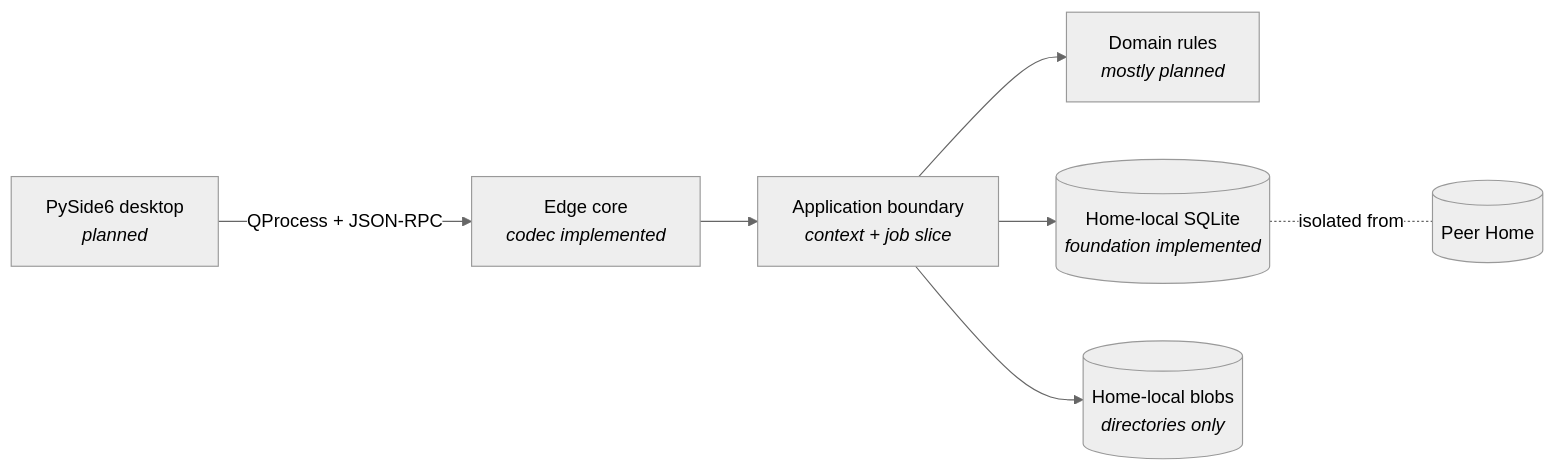
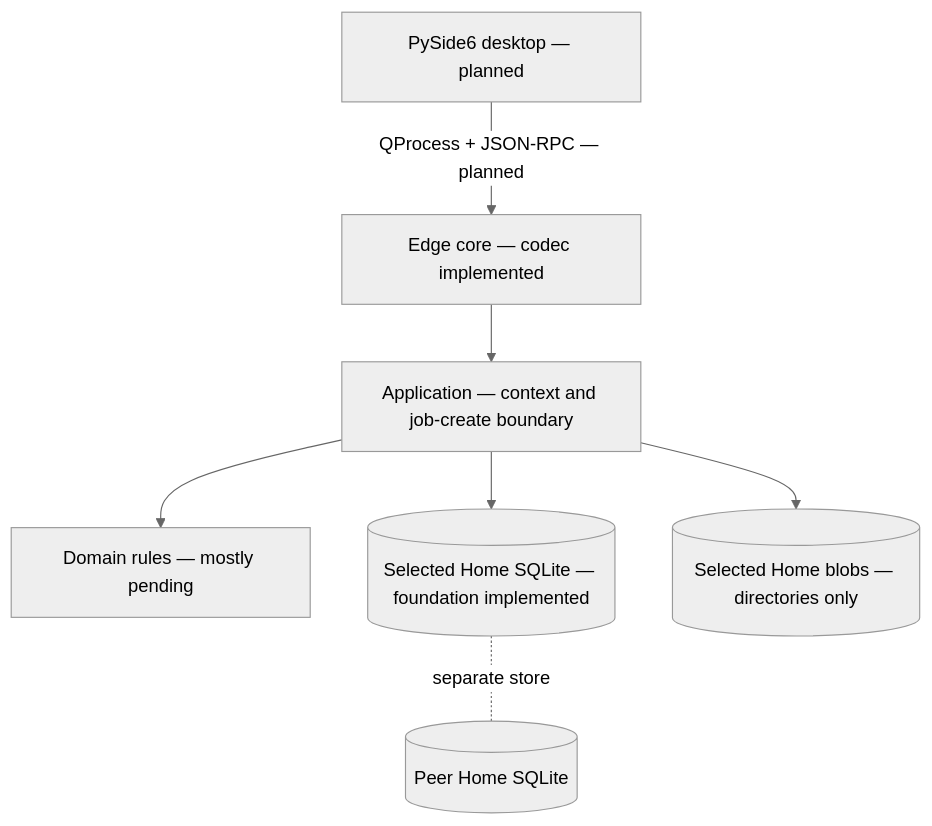
Before and after one commit to GlenABradley/SmartFieldEngineer: the diagram in .github/README.md, drawn with Mermaid (neutral theme). The commit also changed other lines of this file and 8 other files, not shown here.

Commit message:
docs: restore frozen sequence and authority while retaining presentation

````diff
--- a/.github/README.md
+++ b/.github/README.md
@@ -30,9 +30,9 @@
 ```mermaid
-flowchart LR
-    UI[PySide6 desktop<br><i>planned</i>] -->|QProcess + JSON-RPC| EDGE[Edge core<br><i>codec implemented</i>]
-    EDGE --> APP[Application boundary<br><i>context + job slice</i>]
-    APP --> DOMAIN[Domain rules<br><i>mostly planned</i>]
-    APP --> STORE[(Home-local SQLite<br><i>foundation implemented</i>)]
-    APP --> BLOBS[(Home-local blobs<br><i>directories only</i>)]
-    STORE -. isolated from .- PEER[(Peer Home)]
+flowchart TD
+    UI["PySide6 desktop — planned"] -->|QProcess + JSON-RPC — planned| EDGE["Edge core — codec implemented"]
+    EDGE --> APP["Application — context and job-create boundary"]
+    APP --> DOMAIN["Domain rules — mostly pending"]
+    APP --> STORE[("Selected Home SQLite — foundation implemented")]
+    APP --> BLOBS[("Selected Home blobs — directories only")]
+    STORE -. separate store .- PEER[("Peer Home SQLite")]
 ```
````
